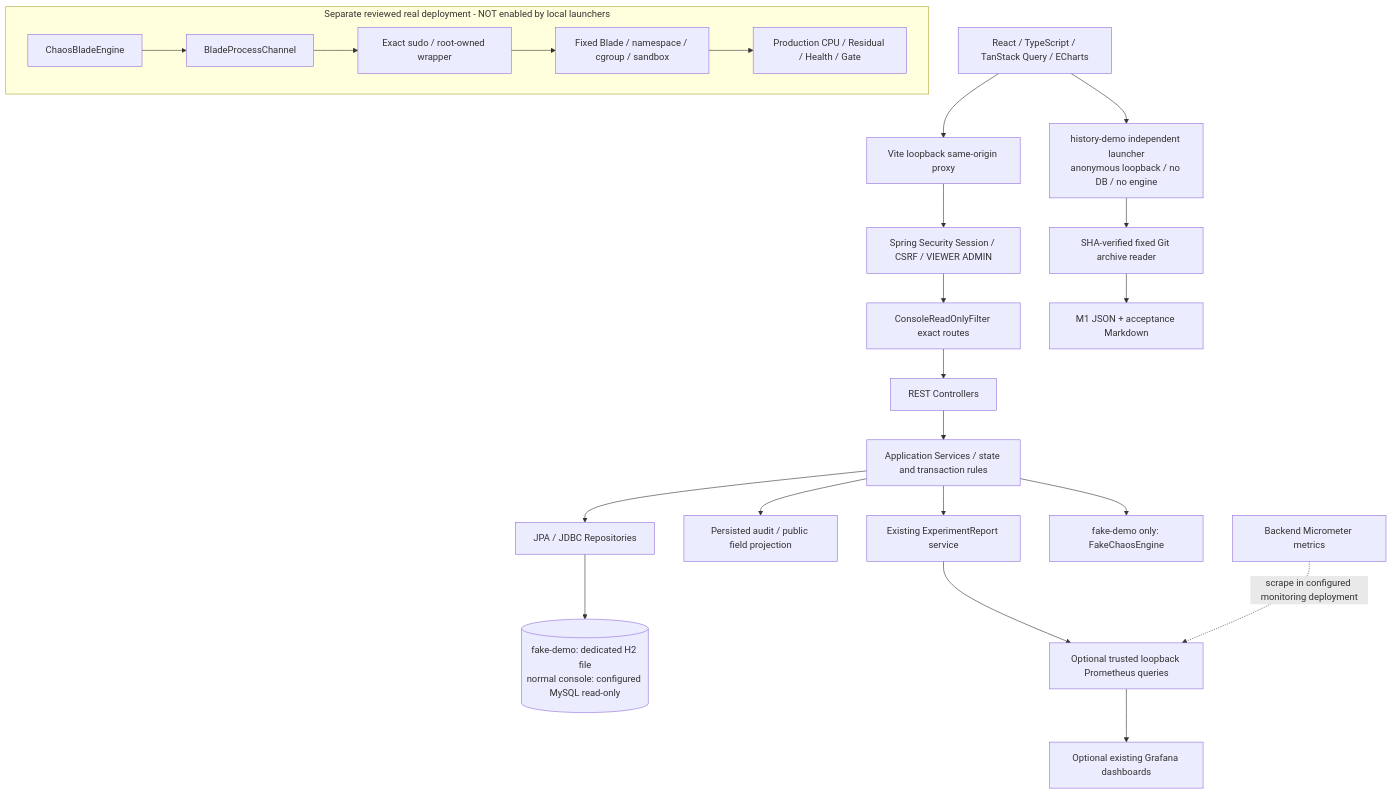
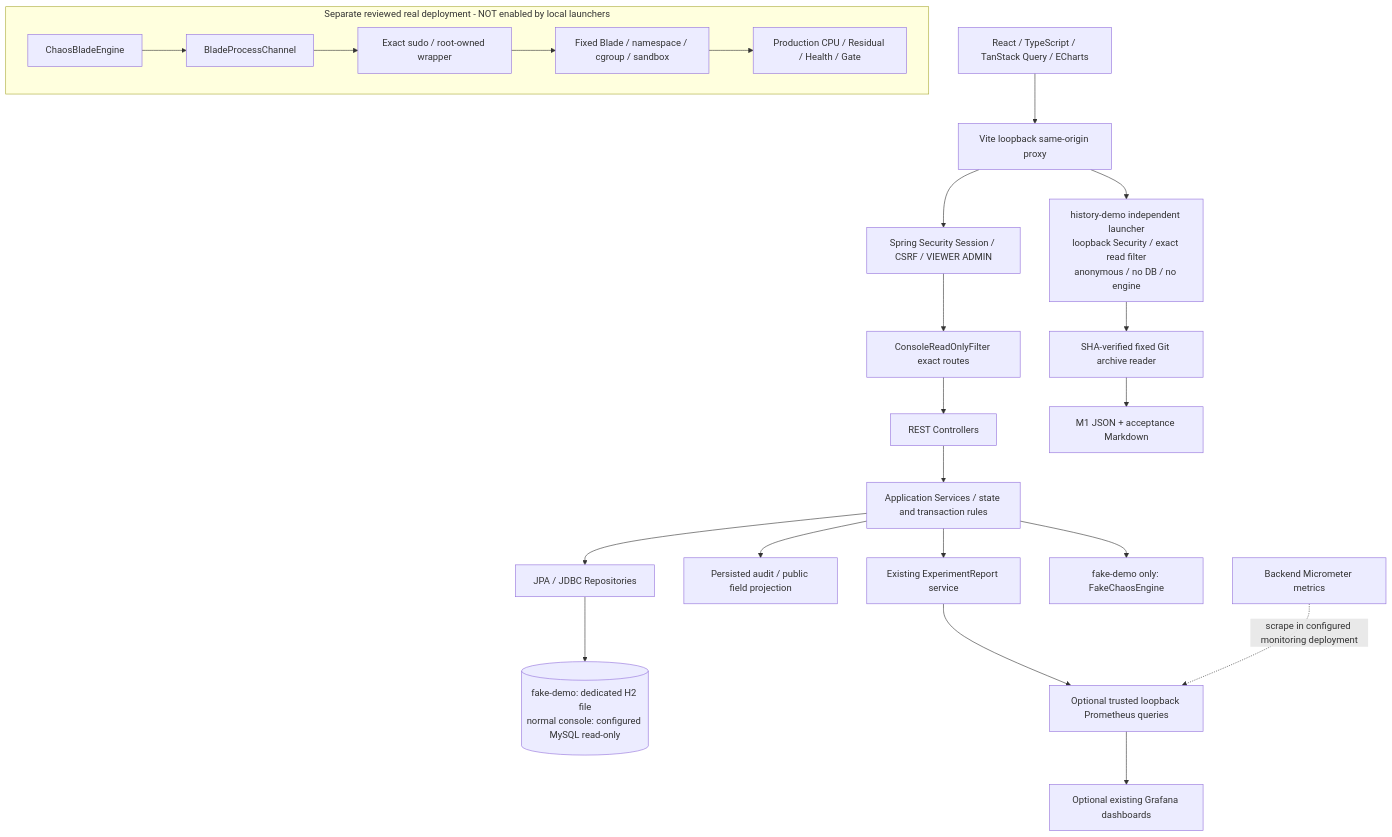
One commit to 8xbAdx8/ChaosLab changed the first of 5 diagrams in docs/19-v1-architecture.md. Above: the diagram before and after it, drawn with Mermaid. The commit also changed 2 other files, not shown here.

Commit message:
fix(delivery): use native CI cleanup and await committed Fake recovery audit

````diff
--- a/docs/19-v1-architecture.md
+++ b/docs/19-v1-architecture.md
@@ -8,26 +8,26 @@
 ```mermaid
 flowchart TB
   UI[React / TypeScript / TanStack Query / ECharts]
   UI --> Proxy[Vite loopback same-origin proxy]
   Proxy --> Security[Spring Security Session / CSRF / VIEWER ADMIN]
   Security --> Filter[ConsoleReadOnlyFilter exact routes]
   Filter --> Controller[REST Controllers]
   Controller --> Service[Application Services / state and transaction rules]
   Service --> Repo[JPA / JDBC Repositories]
   Repo --> DB[(fake-demo: dedicated H2 file<br/>normal console: configured MySQL read-only)]
   Service --> Audit[Persisted audit / public field projection]
   Service --> Reports[Existing ExperimentReport service]
   Service --> Fake[fake-demo only: FakeChaosEngine]
   Reports --> Prom[Optional trusted loopback Prometheus queries]
   Micrometer[Backend Micrometer metrics] -. scrape in configured monitoring deployment .-> Prom
   Prom --> Grafana[Optional existing Grafana dashboards]
-  UI --> Hist[history-demo independent launcher<br/>anonymous loopback / no DB / no engine]
+  Proxy --> Hist[history-demo independent launcher<br/>loopback Security / exact read filter<br/>anonymous / no DB / no engine]
   Hist --> Archive[SHA-verified fixed Git archive reader]
   Archive --> JSON[M1 JSON + acceptance Markdown]
   subgraph Closed[Separate reviewed real deployment - NOT enabled by local launchers]
     Blade[ChaosBladeEngine] --> Channel[BladeProcessChannel]
     Channel --> Boundary[Exact sudo / root-owned wrapper]
     Boundary --> Native[Fixed Blade / namespace / cgroup / sandbox]
     Native --> Evidence[Production CPU / Residual / Health / Gate]
   end
 ```
````
